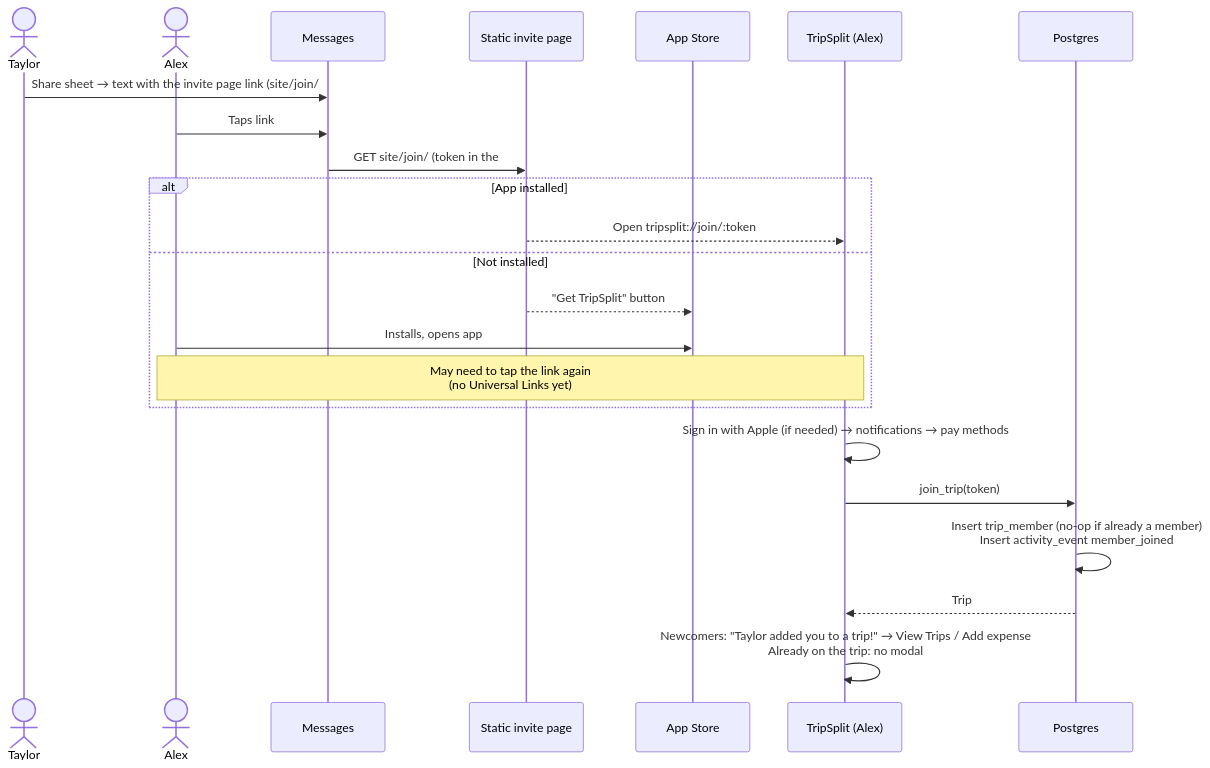
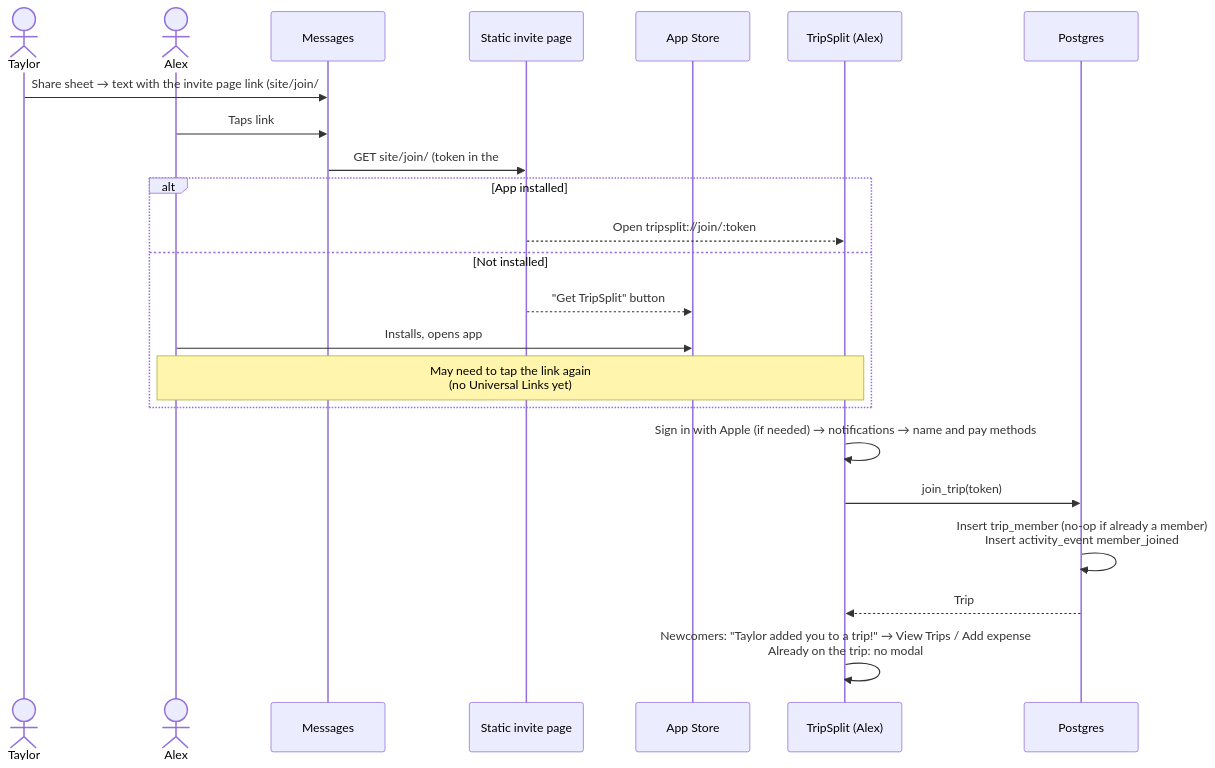
The first of 6 diagrams in docs/flows.md (taytayrad/tripsplit-ios), drawn with Mermaid before and after one commit. The commit also changed 18 other files, not shown here.

````diff
--- a/docs/flows.md
+++ b/docs/flows.md
@@ -7,26 +7,26 @@
 ```mermaid
 sequenceDiagram
     actor T as Taylor
     actor A as Alex
     participant Msg as Messages
     participant Inv as Static invite page
     participant Store as App Store
     participant App as TripSplit (Alex)
     participant DB as Postgres
 
     T->>Msg: Share sheet → text with the invite page link (site/join/#:token)
     A->>Msg: Taps link
     Msg->>Inv: GET site/join/ (token in the #fragment)
     alt App installed
         Inv-->>App: Open tripsplit://join/:token
     else Not installed
         Inv-->>Store: "Get TripSplit" button
         A->>Store: Installs, opens app
         Note over A,App: May need to tap the link again<br/>(no Universal Links yet)
     end
-    App->>App: Sign in with Apple (if needed) → notifications → pay methods
+    App->>App: Sign in with Apple (if needed) → notifications → name and pay methods
     App->>DB: join_trip(token)
     DB->>DB: Insert trip_member (no-op if already a member)<br/>Insert activity_event member_joined
     DB-->>App: Trip
     App->>App: Newcomers: "Taylor added you to a trip!" → View Trips / Add expense<br/>Already on the trip: no modal
 ```
````
